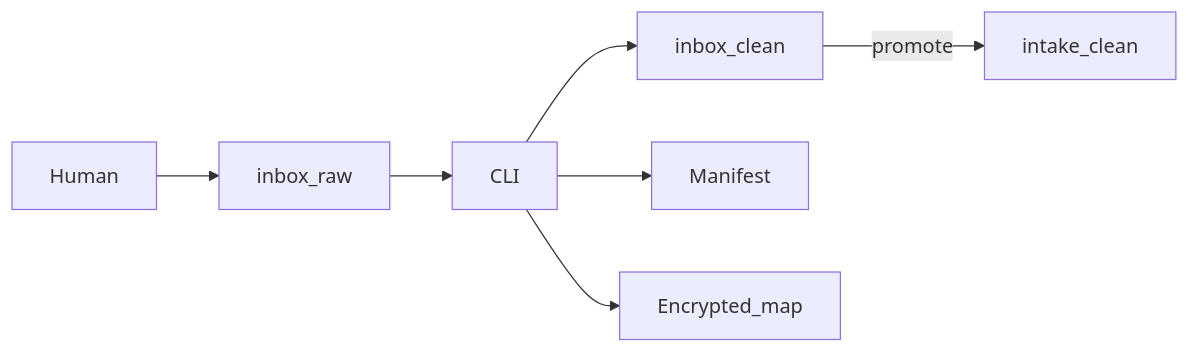
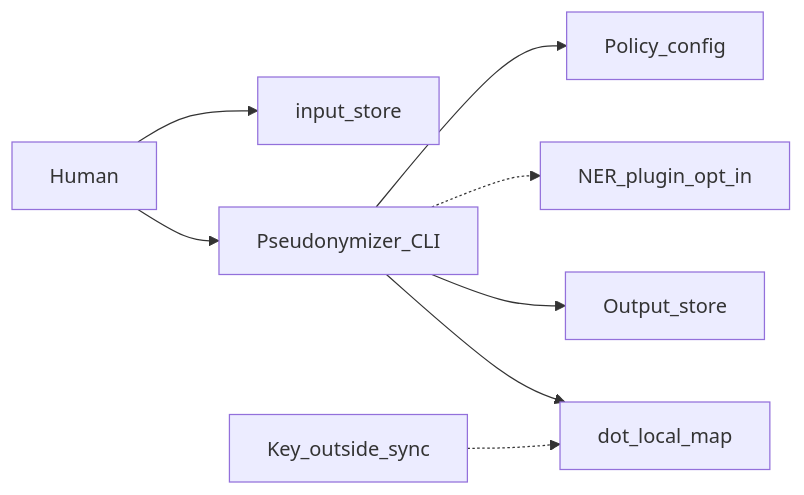
Before and after one commit to alkitect/pii-intake-pseudonymizer-sn: the diagram in docs/architecture/c2-containers.md, drawn with Mermaid. The commit also changed other lines of this file and 13 other files, not shown here.

````diff
--- a/docs/architecture/c2-containers.md
+++ b/docs/architecture/c2-containers.md
@@ -25,14 +54,18 @@
 ```mermaid
 flowchart LR
   human[Human]
-  raw[inbox_raw]
-  cli[CLI]
-  clean[inbox_clean]
-  manifest[Manifest]
-  story[intake_clean]
-  map[Encrypted_map]
-  human --> raw --> cli --> clean
-  cli --> manifest
-  cli --> map
-  clean -->|promote| story
+  input[input_store]
+  cli[Pseudonymizer_CLI]
+  ner[NER_plugin_opt_in]
+  cfg[Policy_config]
+  output[Output_store]
+  local[dot_local_map]
+  keyOff[Key_outside_sync]
+  human --> input
+  human --> cli
+  cli --> cfg
+  cli -.-> ner
+  cli --> output
+  cli --> local
+  keyOff -.-> local
 ```
````
